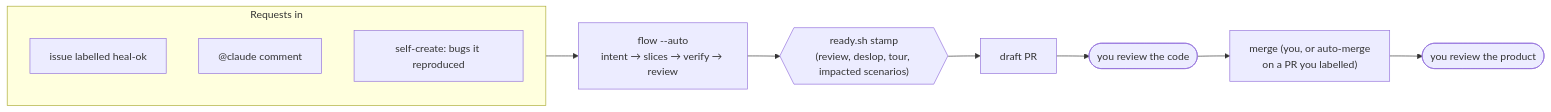
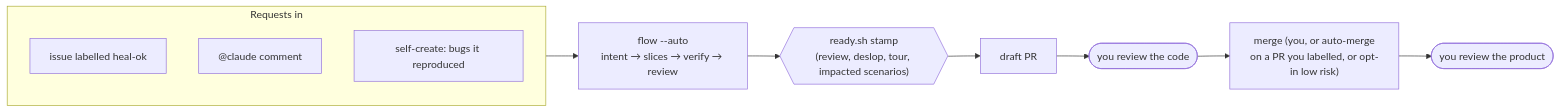
Before and after one commit to nayanraj210401/flow-stack: the second of 4 diagrams in README.md, drawn with Mermaid. The commit also changed other lines of this file and 11 other files, not shown here.

````diff
--- a/README.md
+++ b/README.md
@@ -144,14 +144,14 @@
 ```mermaid
 flowchart LR
   subgraph In[Requests in]
     I1[issue labelled heal-ok]
     I2["@claude comment"]
     I3[self-create: bugs it reproduced]
   end
   In --> F["flow --auto<br/>intent → slices → verify → review"]
   F --> G{{"ready.sh stamp<br/>(review, deslop, tour, impacted scenarios)"}}
   G --> PR[draft PR]
   PR --> H1([you review the code])
-  H1 --> M["merge (you, or auto-merge<br/>on a PR you labelled)"]
+  H1 --> M["merge (you, or auto-merge<br/>on a PR you labelled, or opt-in low risk)"]
   M --> H2([you review the product])
 ```
````
